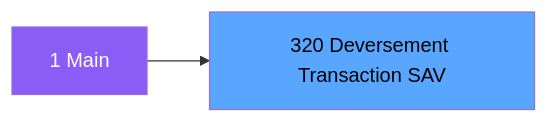
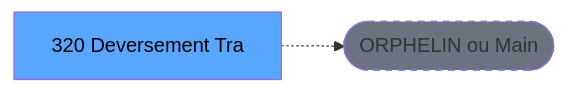
One commit to thonyAGP/lecteur-magic changed the second of 3 diagrams in .openspec/renders/ADH-IDE-320.md. Above: the diagram before and after it, drawn with Mermaid. The commit also changed other lines of this file and 701 other files, not shown here.

````diff
--- a/.openspec/renders/ADH-IDE-320.md
+++ b/.openspec/renders/ADH-IDE-320.md
@@ -147,8 +137,8 @@
 ```mermaid
 graph LR
-    M[1 Main]
-    T[320 Deversement Transaction SAV]
-    M --> T
-    style M fill:#8b5cf6,color:#fff
+    T[320 Deversement Tra]
+    ORPHAN([ORPHELIN ou Main])
+    T -.-> ORPHAN
     style T fill:#58a6ff,color:#000
+    style ORPHAN fill:#6b7280,stroke-dasharray: 5 5
 ```
````
